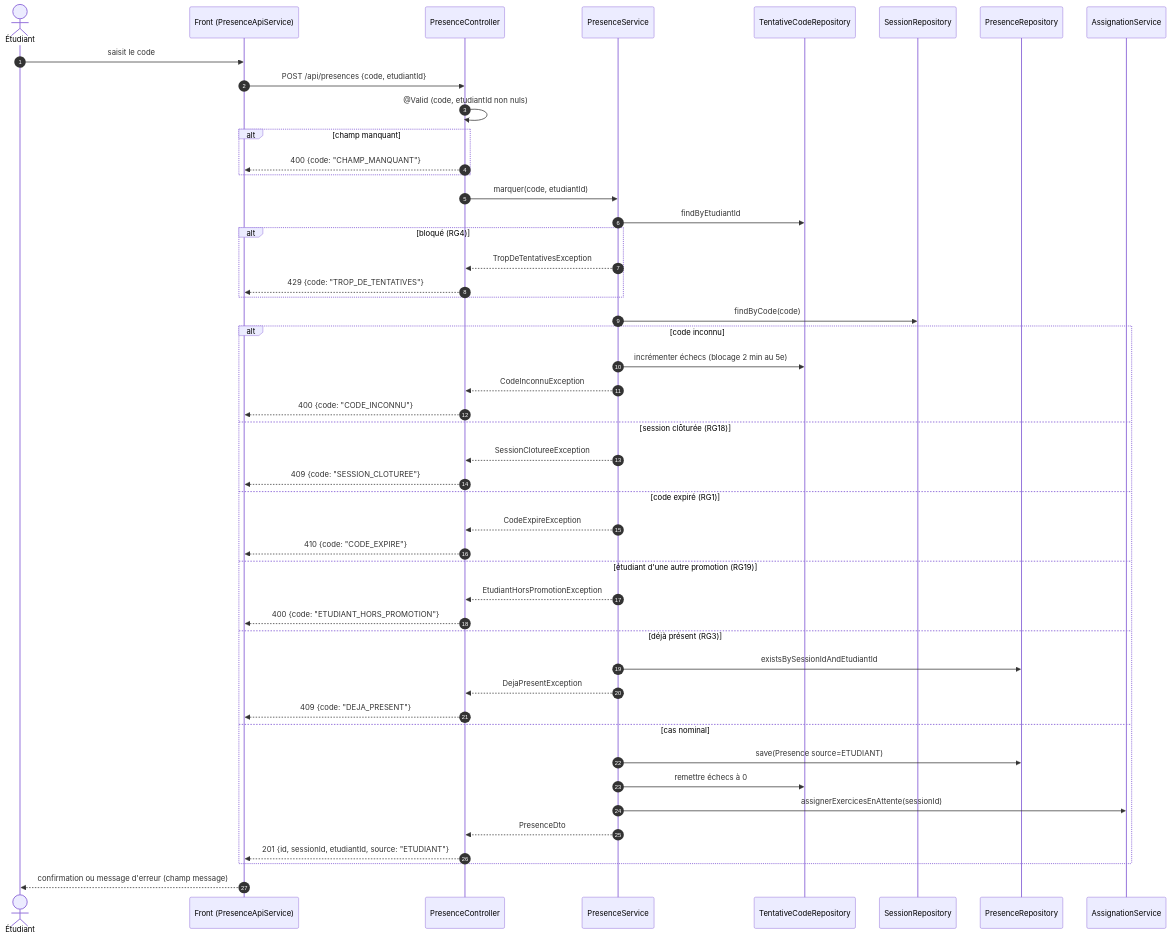
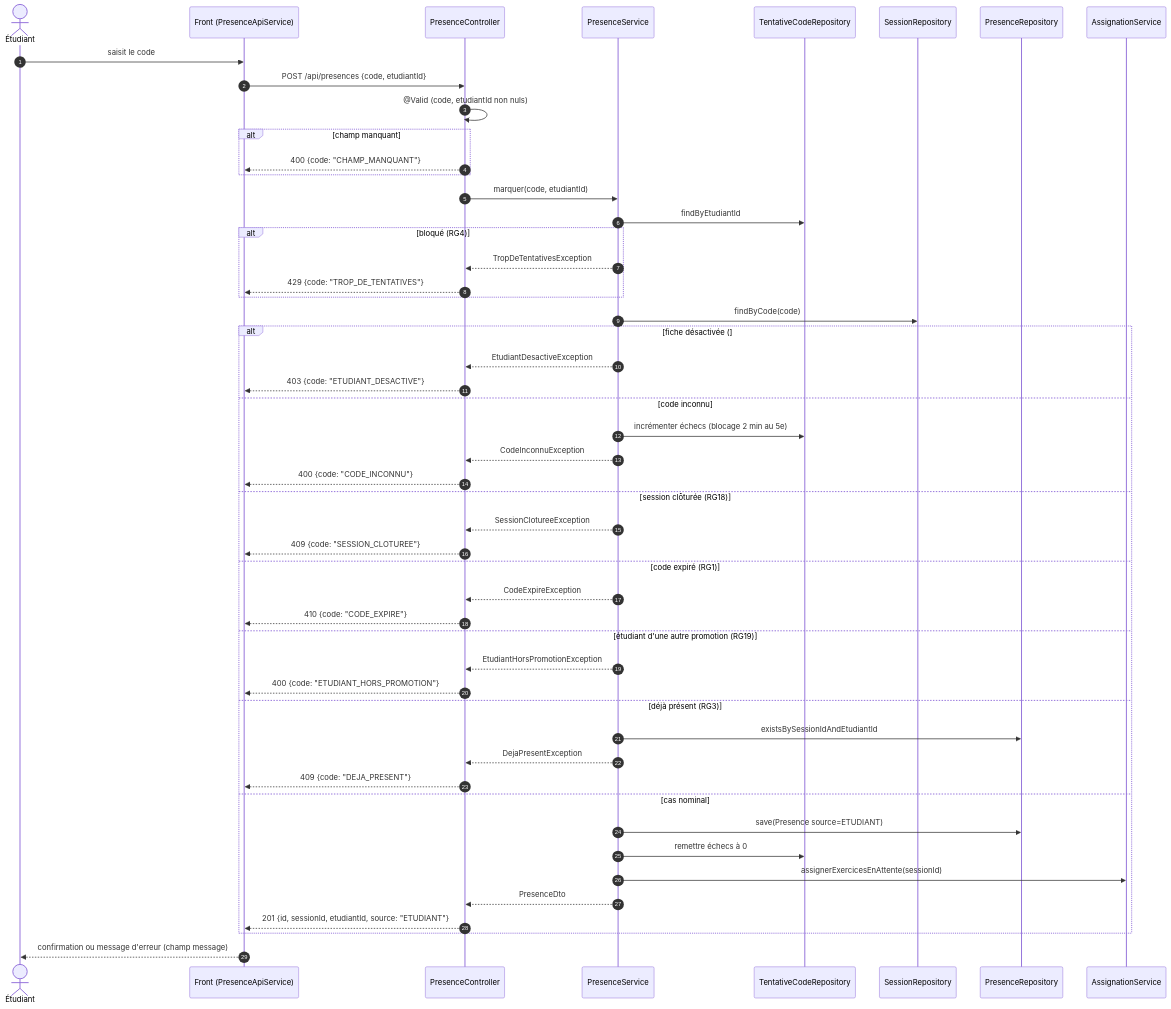
Before and after one commit to leonel2370/kfokam48-epreuve-230: the diagram in docs/diagrammes/D3-sequence-presence.md, drawn with Mermaid. The commit also changed 5 other files, not shown here.

First line of the commit message:
fix(securite): une fiche étudiant désactivée reçoit 403 ETUDIANT_DESACTIVE

````diff
--- a/docs/diagrammes/D3-sequence-presence.md
+++ b/docs/diagrammes/D3-sequence-presence.md
@@ -5,51 +5,54 @@
 ```mermaid
 sequenceDiagram
     autonumber
     actor E as Étudiant
     participant F as Front (PresenceApiService)
     participant C as PresenceController
     participant S as PresenceService
     participant T as TentativeCodeRepository
     participant SR as SessionRepository
     participant PR as PresenceRepository
     participant A as AssignationService
 
     E->>F: saisit le code
     F->>C: POST /api/presences {code, etudiantId}
     C->>C: @Valid (code, etudiantId non nuls)
     alt champ manquant
         C-->>F: 400 {code: "CHAMP_MANQUANT"}
     end
     C->>S: marquer(code, etudiantId)
     S->>T: findByEtudiantId
     alt bloqué (RG4)
         S-->>C: TropDeTentativesException
         C-->>F: 429 {code: "TROP_DE_TENTATIVES"}
     end
     S->>SR: findByCode(code)
-    alt code inconnu
+    alt fiche désactivée (#113, RG28)
+        S-->>C: EtudiantDesactiveException
+        C-->>F: 403 {code: "ETUDIANT_DESACTIVE"}
+    else code inconnu
         S->>T: incrémenter échecs (blocage 2 min au 5e)
         S-->>C: CodeInconnuException
         C-->>F: 400 {code: "CODE_INCONNU"}
     else session clôturée (RG18)
         S-->>C: SessionClotureeException
         C-->>F: 409 {code: "SESSION_CLOTUREE"}
     else code expiré (RG1)
         S-->>C: CodeExpireException
         C-->>F: 410 {code: "CODE_EXPIRE"}
     else étudiant d'une autre promotion (RG19)
         S-->>C: EtudiantHorsPromotionException
         C-->>F: 400 {code: "ETUDIANT_HORS_PROMOTION"}
     else déjà présent (RG3)
         S->>PR: existsBySessionIdAndEtudiantId
         S-->>C: DejaPresentException
         C-->>F: 409 {code: "DEJA_PRESENT"}
     else cas nominal
         S->>PR: save(Presence source=ETUDIANT)
         S->>T: remettre échecs à 0
         S->>A: assignerExercicesEnAttente(sessionId)
         S-->>C: PresenceDto
         C-->>F: 201 {id, sessionId, etudiantId, source: "ETUDIANT"}
     end
     F-->>E: confirmation ou message d'erreur (champ message)
 ```
````
